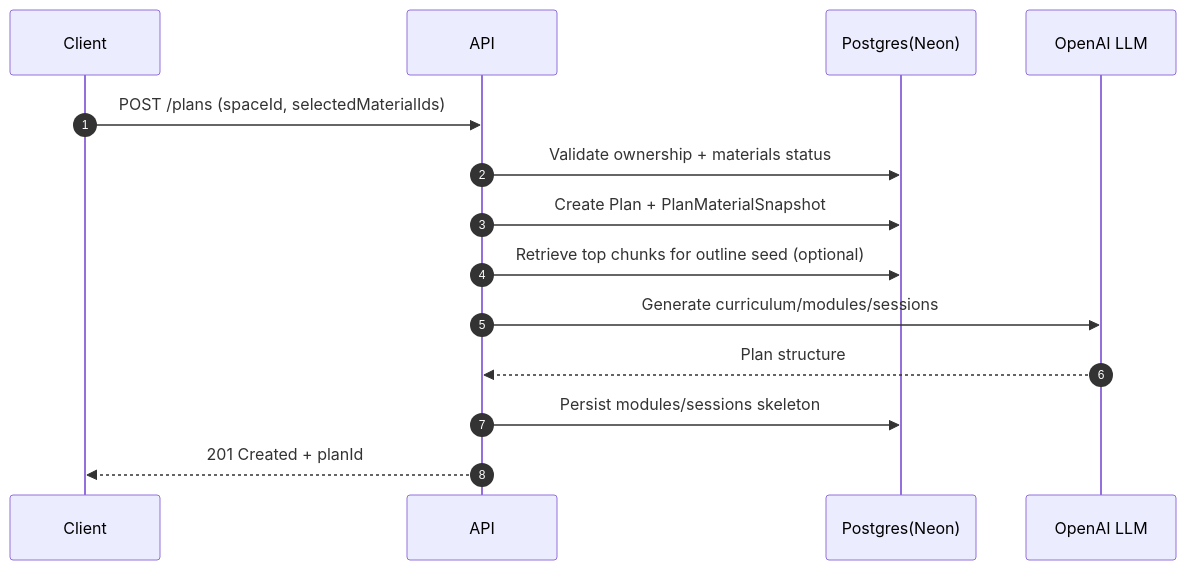
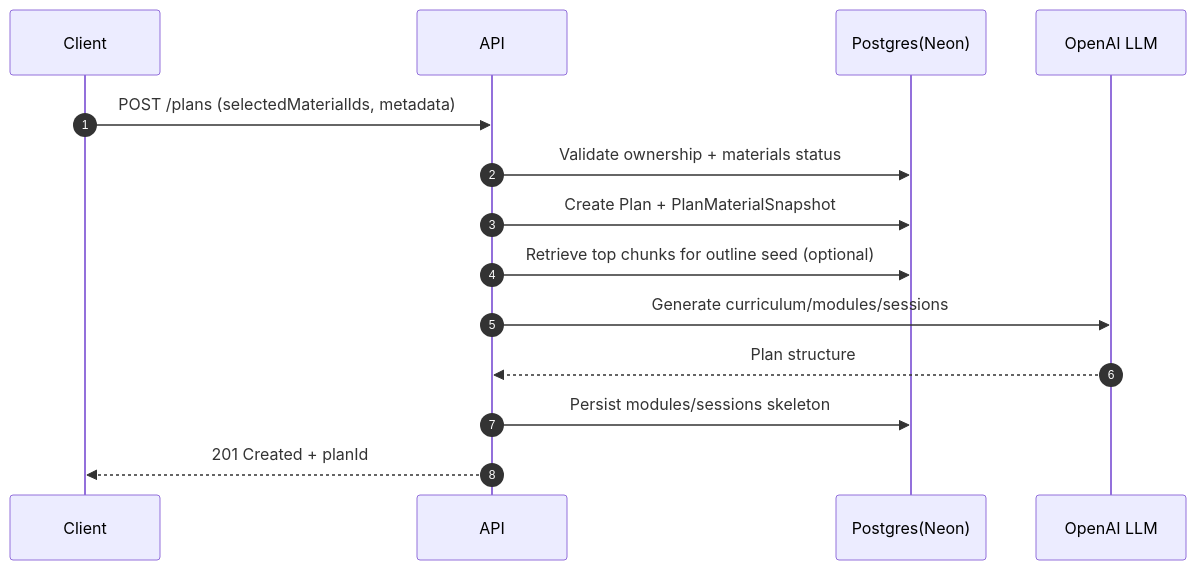
The fourth of 7 diagrams in docs/04-engineering/architecture.md (qaws7791/turbo-hono-next), drawn with Mermaid before and after one commit. The commit also changed other lines of this file and 36 other files, not shown here.

````diff
--- a/docs/04-engineering/architecture.md
+++ b/docs/04-engineering/architecture.md
@@ -207,17 +206,17 @@
 ```mermaid
 sequenceDiagram
   autonumber
   participant Client
   participant API
   participant DB as Postgres(Neon)
   participant LLM as OpenAI LLM
 
-  Client->>API: POST /plans (spaceId, selectedMaterialIds)
+  Client->>API: POST /plans (selectedMaterialIds, metadata)
   API->>DB: Validate ownership + materials status
   API->>DB: Create Plan + PlanMaterialSnapshot
   API->>DB: Retrieve top chunks for outline seed (optional)
   API->>LLM: Generate curriculum/modules/sessions
   LLM-->>API: Plan structure
   API->>DB: Persist modules/sessions skeleton
   API-->>Client: 201 Created + planId
 ```
````
